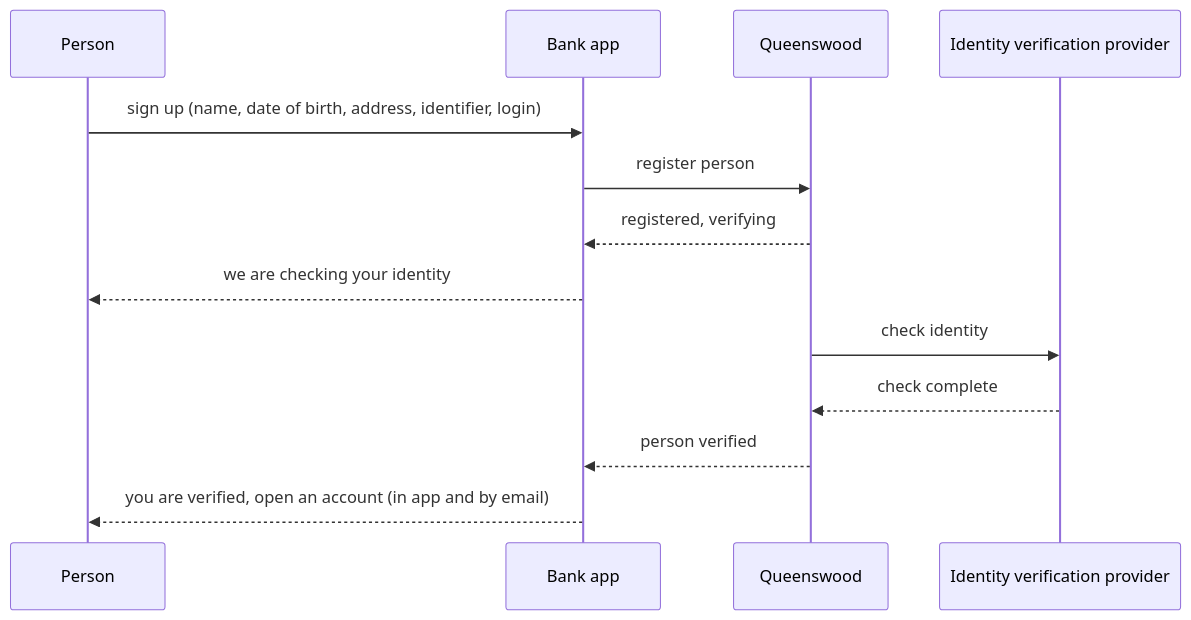
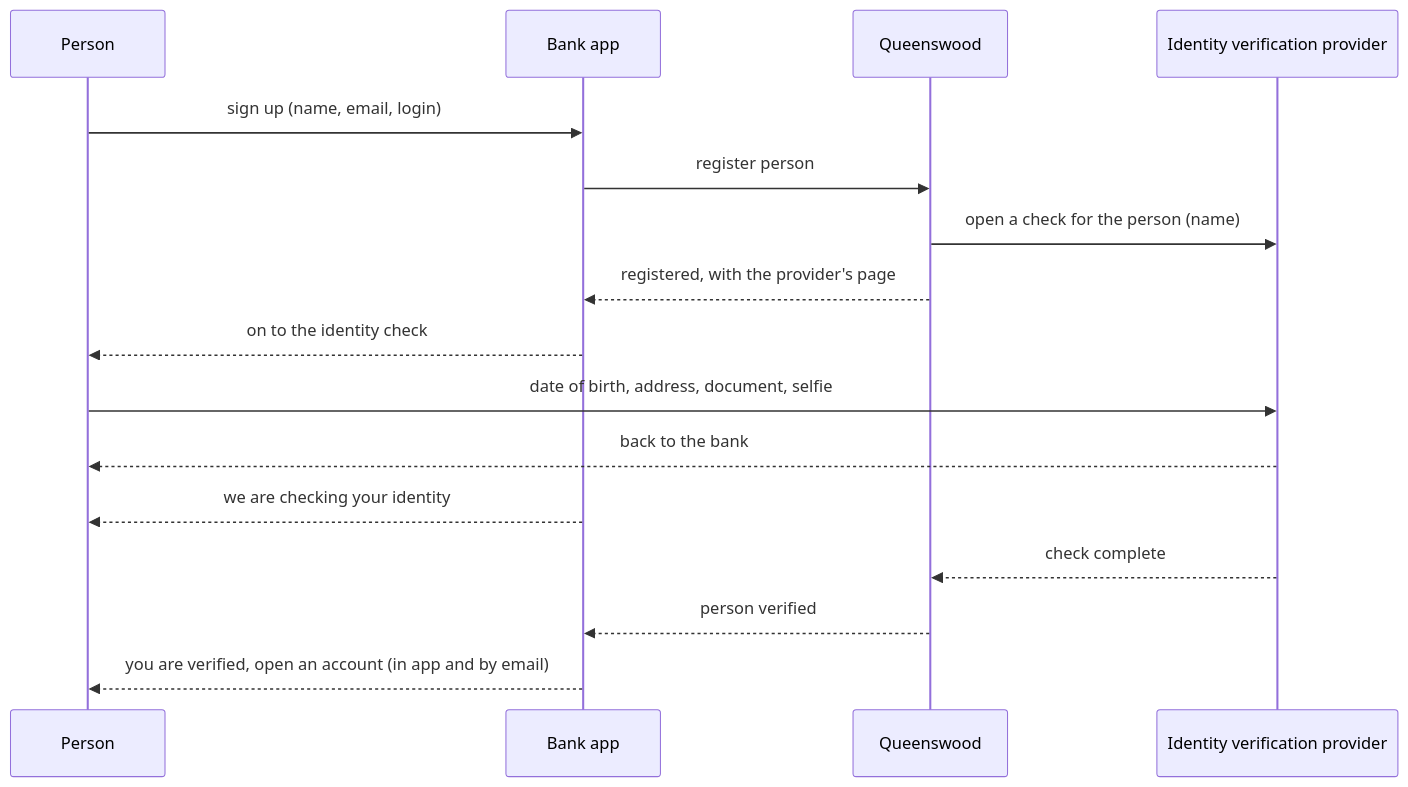
Before and after one commit to repldriven/queenswood: the first of 5 diagrams in docs/prd/demo-digital-bank.md, drawn with Mermaid. The commit also changed other lines of this file and 187 other files, not shown here.

First line of the commit message:
Keep a person's names and each identity check's outcome, never the evidence (ADR-0045) (#846)

````diff
--- a/docs/prd/demo-digital-bank.md
+++ b/docs/prd/demo-digital-bank.md
@@ -332,16 +334,19 @@
 ```mermaid
 sequenceDiagram
     participant P as Person
     participant A as Bank app
     participant Q as Queenswood
     participant I as Identity verification provider
 
-    P->>A: sign up (name, date of birth, address, identifier, login)
+    P->>A: sign up (name, email, login)
     A->>Q: register person
-    Q-->>A: registered, verifying
+    Q->>I: open a check for the person (name)
+    Q-->>A: registered, with the provider's page
+    A-->>P: on to the identity check
+    P->>I: date of birth, address, document, selfie
+    I-->>P: back to the bank
     A-->>P: we are checking your identity
-    Q->>I: check identity
     I-->>Q: check complete
     Q-->>A: person verified
     A-->>P: you are verified, open an account (in app and by email)
 ```
````
